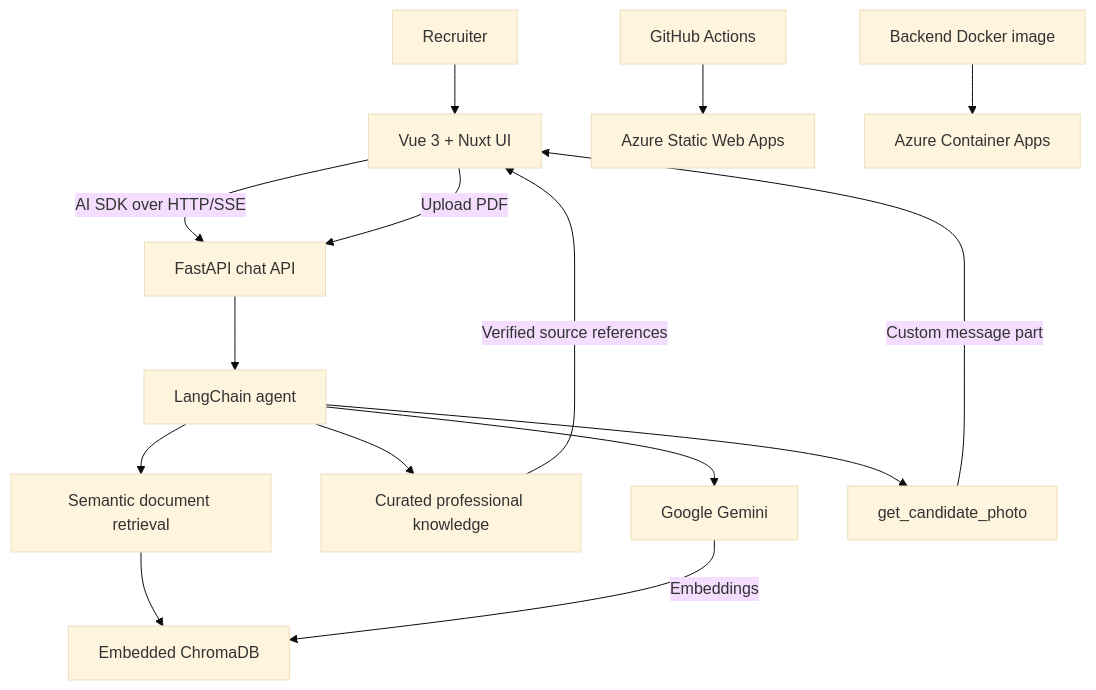
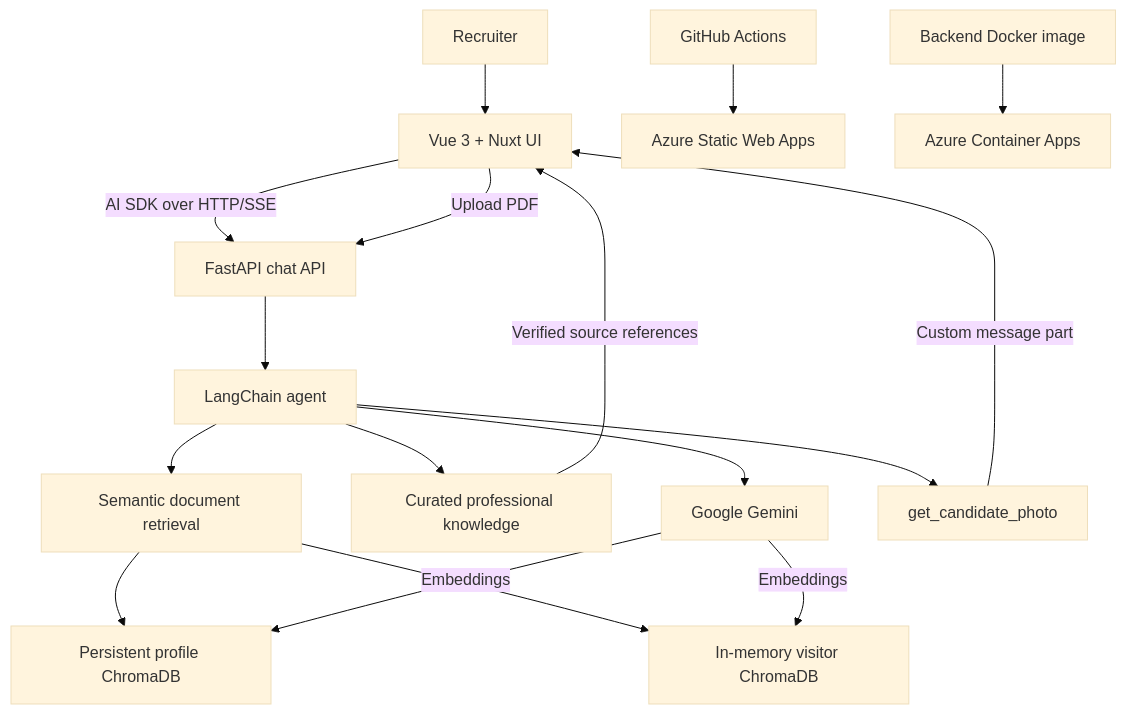
Before and after one commit to JeykerSalinas/awesome-ai-profile: the diagram in README.md, drawn with Mermaid (base theme). The commit also changed other lines of this file and 6 other files, not shown here.

Commit message:
fix: keep visitor document vectors exclusively in memory

````diff
--- a/README.md
+++ b/README.md
@@ -44,17 +44,19 @@
 ```mermaid
 flowchart TD
     Recruiter[Recruiter] --> Frontend[Vue 3 + Nuxt UI]
     Frontend -->|AI SDK over HTTP/SSE| API[FastAPI chat API]
     API --> Agent[LangChain agent]
     Agent --> Gemini[Google Gemini]
     Agent --> Knowledge[Curated professional knowledge]
     Agent --> RAG[Semantic document retrieval]
-    RAG --> Chroma[Embedded ChromaDB]
-    Gemini -->|Embeddings| Chroma
+    RAG --> ProfileStore[Persistent profile ChromaDB]
+    RAG --> VisitorStore[In-memory visitor ChromaDB]
+    Gemini -->|Embeddings| ProfileStore
+    Gemini -->|Embeddings| VisitorStore
     Frontend -->|Upload PDF| API
     Agent --> Photo[get_candidate_photo]
     Knowledge -->|Verified source references| Frontend
     Photo -->|Custom message part| Frontend
     GitHub[GitHub Actions] --> AzureWeb[Azure Static Web Apps]
     Docker[Backend Docker image] --> AzureAPI[Azure Container Apps]
 ```
````
